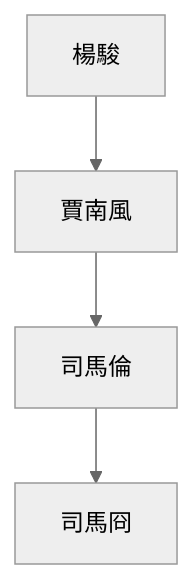
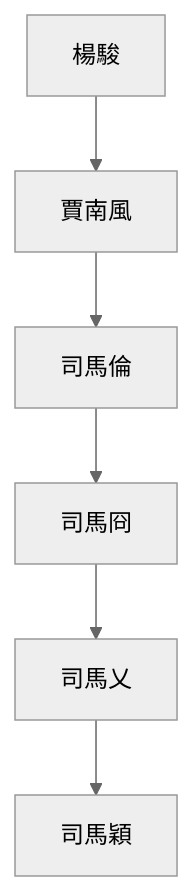
The second of 2 diagrams in 3_專項研究/3.1_時代/西晉/八王之亂始末.md (gamefang/zizhitongjian), drawn with Mermaid (neutral theme) before and after one commit. The commit also changed other lines of this file and 9 other files, not shown here.

````diff
--- a/3_專項研究/3.1_時代/西晉/八王之亂始末.md
+++ b/3_專項研究/3.1_時代/西晉/八王之亂始末.md
@@ -83,7 +105,9 @@
 ```mermaid
 graph TB
 
 楊駿-->賈南風
 賈南風-->司馬倫
 司馬倫-->司馬冏
+司馬冏-->司馬乂
+司馬乂-->司馬穎
 ```
````
